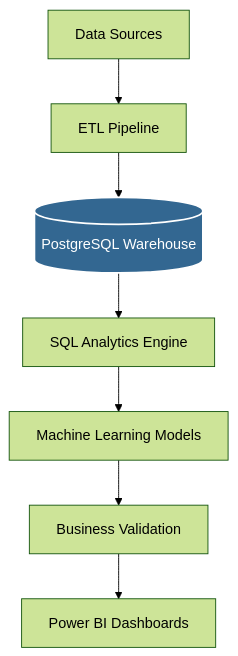
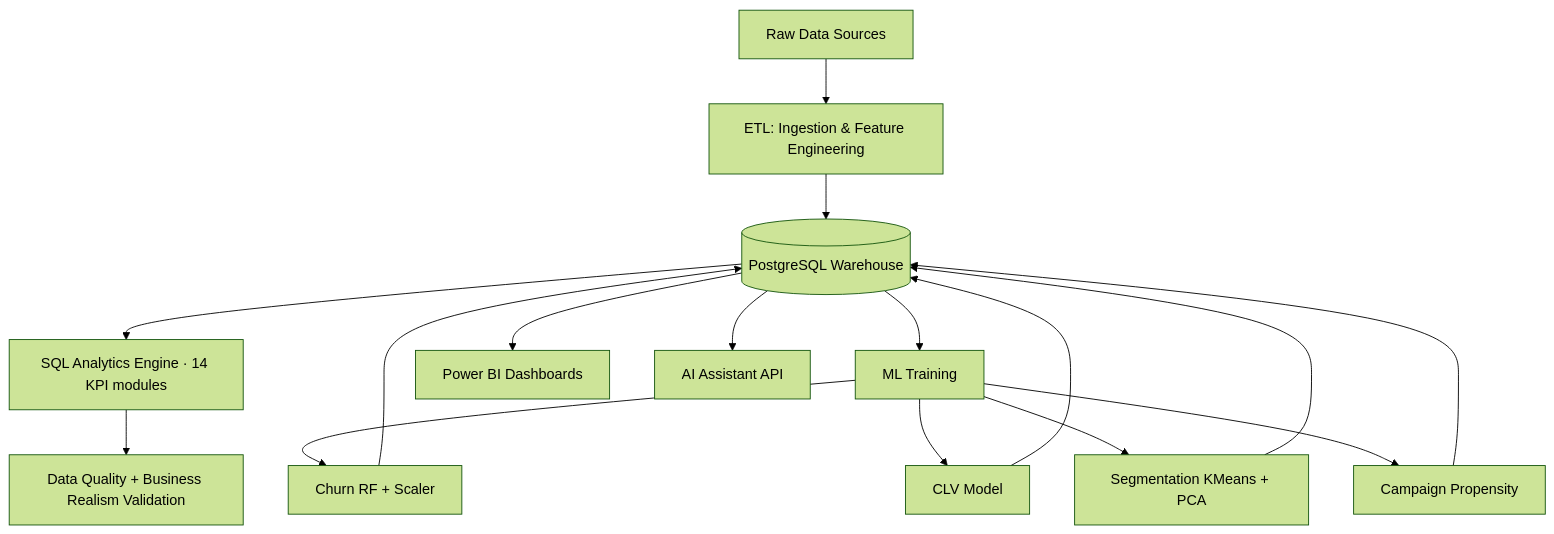
One commit to KAISTACK07/FinSight-360 changed the second of 2 diagrams in README.md. Above: the diagram before and after it, drawn with Mermaid (forest theme). The commit also changed other lines of this file, not shown here.

````diff
--- a/README.md
+++ b/README.md
@@ -26,12 +94,15 @@
 ```mermaid
-graph TD
-    A[Data Sources] --> B[ETL Pipeline]
+flowchart TD
+    A[Raw Data Sources] --> B[ETL: Ingestion & Feature Engineering]
     B --> C[(PostgreSQL Warehouse)]
-    C --> D[SQL Analytics Engine]
-    D --> E[Machine Learning Models]
-    E --> F[Business Validation]
-    F --> G[Power BI Dashboards]
-    
-    classDef database fill:#336791,stroke:#fff,stroke-width:2px,color:#fff;
-    class C database;
+    C --> D[SQL Analytics Engine · 14 KPI modules]
+    C --> E[ML Training]
+    E --> E1[Churn RF + Scaler]
+    E --> E2[CLV Model]
+    E --> E3[Segmentation KMeans + PCA]
+    E --> E4[Campaign Propensity]
+    D --> F[Data Quality + Business Realism Validation]
+    E1 & E2 & E3 & E4 --> C
+    C --> G[Power BI Dashboards]
+    C --> H[AI Assistant API]
 ```
````
